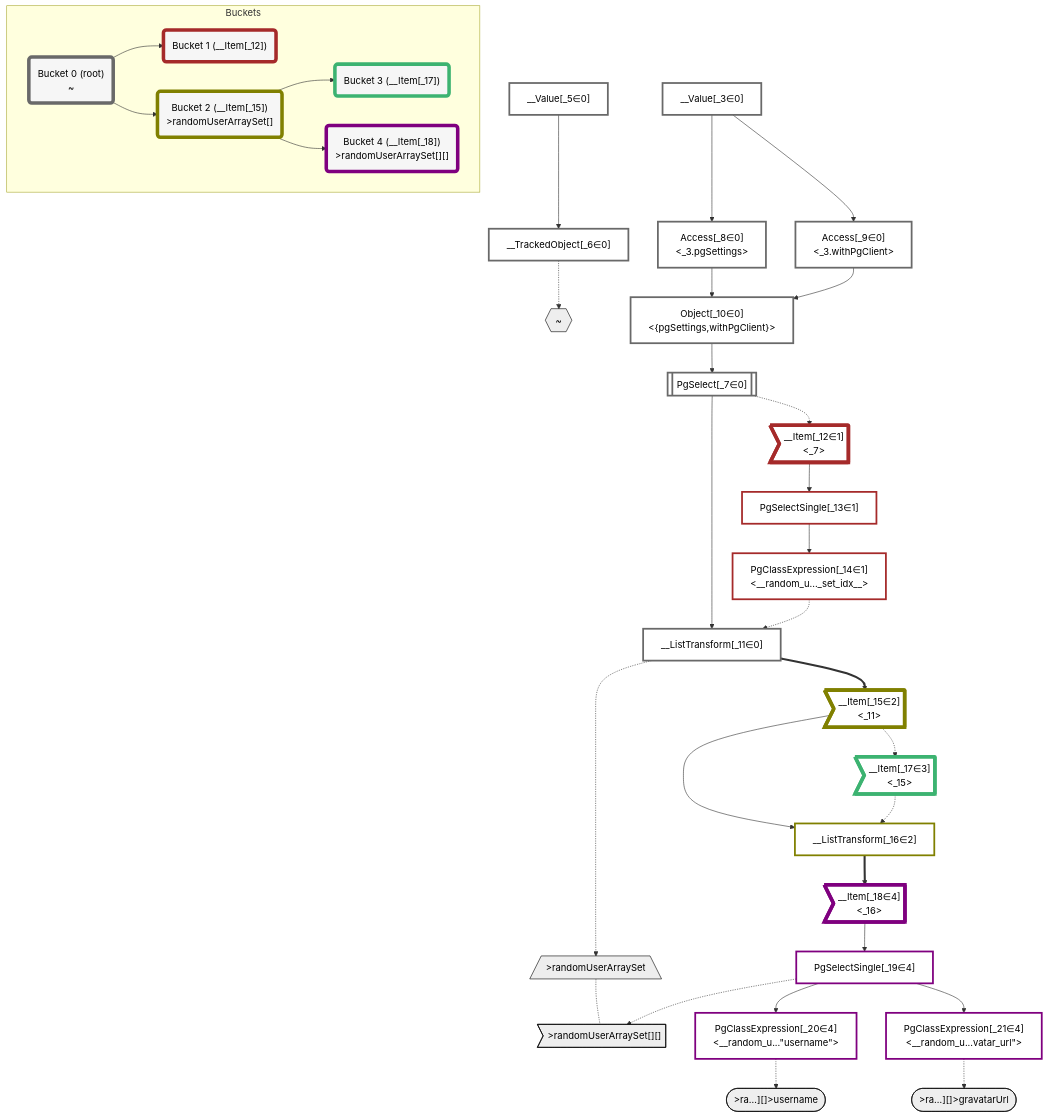
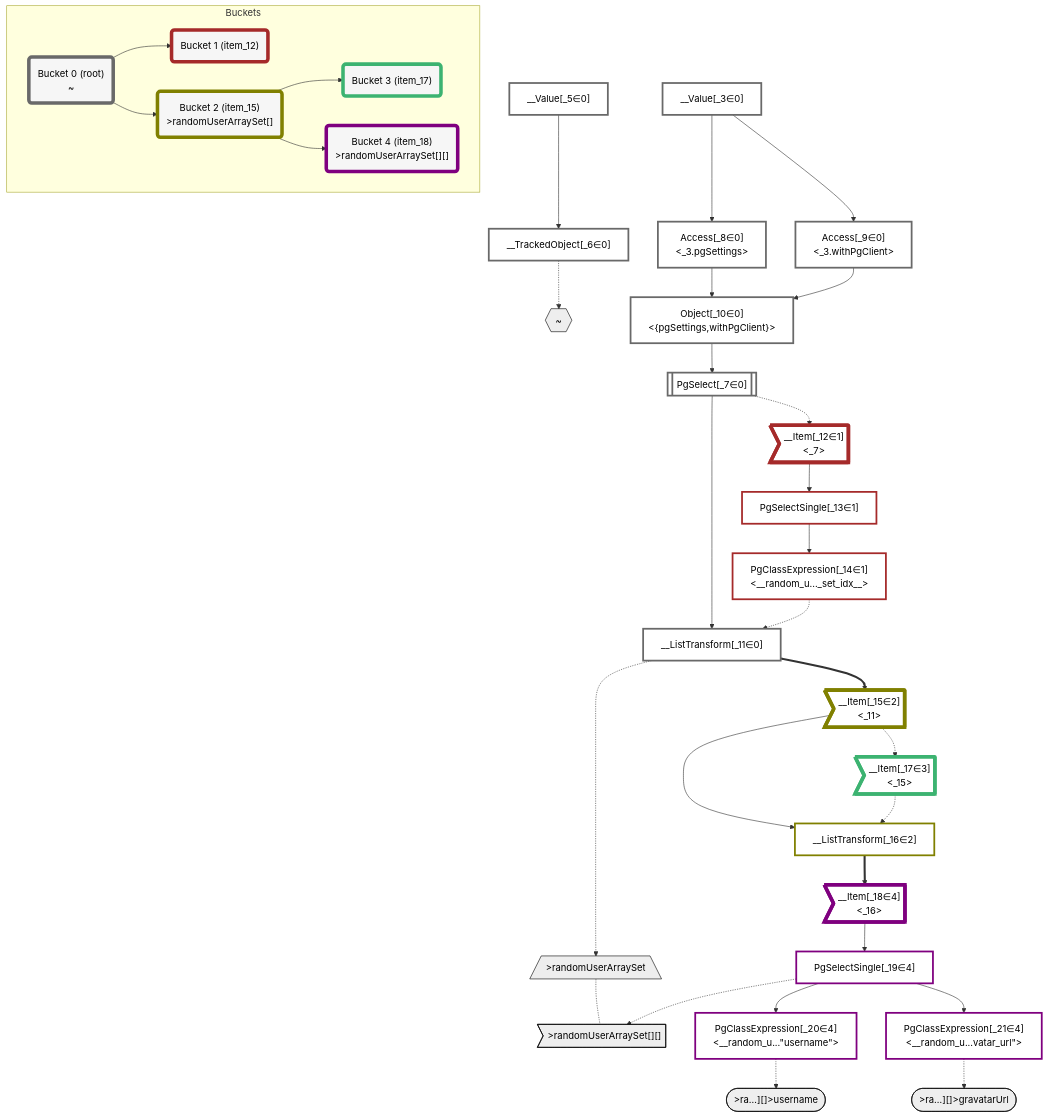
One commit to graphile/crystal changed the diagram in packages/dataplan-pg/__tests__/queries/functions/custom-query-random-user-array-set.deopt.mermaid.md. Above: the diagram before and after it, drawn with Mermaid. The commit also changed 159 other files, not shown here.

```diff
--- a/packages/dataplan-pg/__tests__/queries/functions/custom-query-random-user-array-set.deopt.mermaid.md
+++ b/packages/dataplan-pg/__tests__/queries/functions/custom-query-random-user-array-set.deopt.mermaid.md
@@ -81,16 +81,16 @@
     subgraph Buckets
     Bucket0("Bucket 0 (root)<br />~"):::bucket
     style Bucket0 stroke:#696969
-    Bucket1("Bucket 1 (__Item[_12])"):::bucket
+    Bucket1("Bucket 1 (item_12)"):::bucket
     style Bucket1 stroke:#a52a2a
     Bucket0 --> Bucket1
-    Bucket2("Bucket 2 (__Item[_15])<br />>randomUserArraySet[]"):::bucket
+    Bucket2("Bucket 2 (item_15)<br />>randomUserArraySet[]"):::bucket
     style Bucket2 stroke:#808000
     Bucket0 --> Bucket2
-    Bucket3("Bucket 3 (__Item[_17])"):::bucket
+    Bucket3("Bucket 3 (item_17)"):::bucket
     style Bucket3 stroke:#3cb371
     Bucket2 --> Bucket3
-    Bucket4("Bucket 4 (__Item[_18])<br />>randomUserArraySet[][]"):::bucket
+    Bucket4("Bucket 4 (item_18)<br />>randomUserArraySet[][]"):::bucket
     style Bucket4 stroke:#7f007f
     Bucket2 --> Bucket4
     end
```
